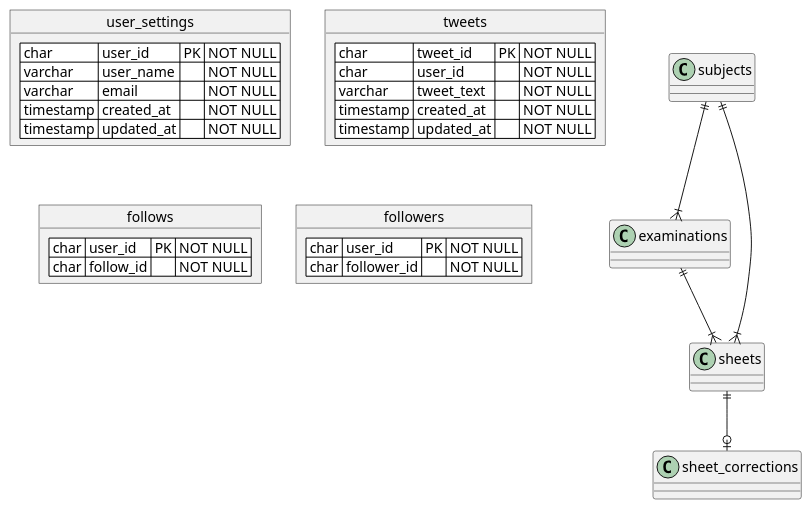
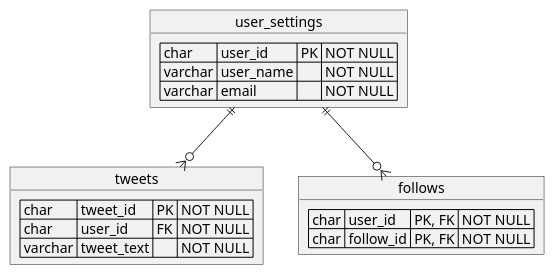
Before and after one commit to tetsushi-yamada/hackathon_backend: the diagram in docs/erd.puml, drawn with PlantUML. The commit also changed 10 other files, not shown here.

```diff
--- a/docs/erd.puml
+++ b/docs/erd.puml
@@ -1,35 +1,23 @@
 @startuml
 
 object user_settings {
-    <#white>| char | user_id | PK | NOT NULL |
-    <#white>| varchar | user_name | | NOT NULL |
-    <#white>| varchar | email | | NOT NULL |
-    <#white>| timestamp | created_at | | NOT NULL |
-    <#white>| timestamp | updated_at | | NOT NULL |
+    | char | user_id | PK | NOT NULL |
+    | varchar | user_name | | NOT NULL |
+    | varchar | email | | NOT NULL |
 }
 
 object tweets {
-    <#white>| char | tweet_id | PK | NOT NULL |
-    <#white>| char | user_id |  | NOT NULL |
-    <#white>| varchar | tweet_text | | NOT NULL |
-    <#white>| timestamp | created_at | | NOT NULL |
-    <#white>| timestamp | updated_at | | NOT NULL |
+    | char | tweet_id | PK | NOT NULL |
+    | char | user_id | FK | NOT NULL |
+    | varchar | tweet_text | | NOT NULL |
 }
 
-object follows{
-    <#white>| char | user_id | PK | NOT NULL |
-    <#white>| char | follow_id |  | NOT NULL |
-
+object follows {
+    | char | user_id | PK, FK | NOT NULL |
+    | char | follow_id | PK, FK | NOT NULL |
 }
 
-object followers {
-    <#white>| char | user_id | PK | NOT NULL |
-    <#white>| char | follower_id |  | NOT NULL |
-}
-
-subjects ||--|{ examinations
-subjects ||--|{ sheets
-examinations ||--|{ sheets
-sheets ||--o| sheet_corrections
+user_settings ||--o{ tweets
+user_settings ||--o{ follows
 
 @enduml
```
